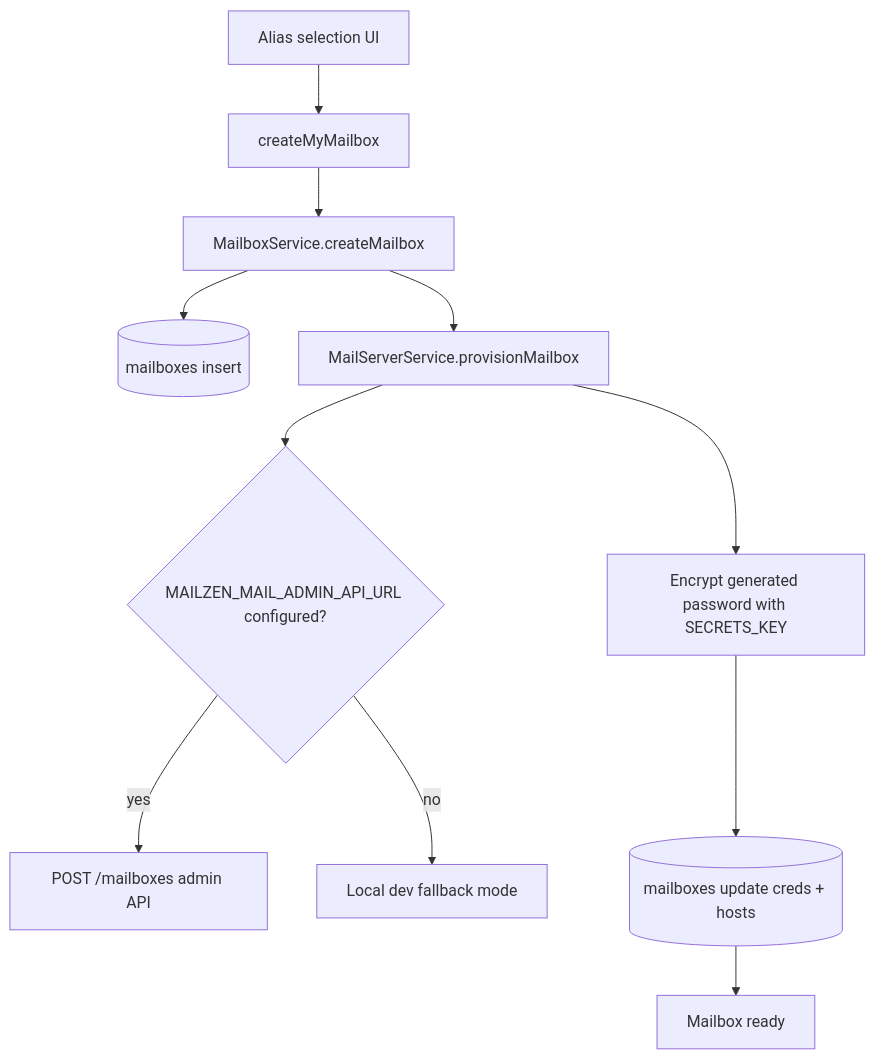
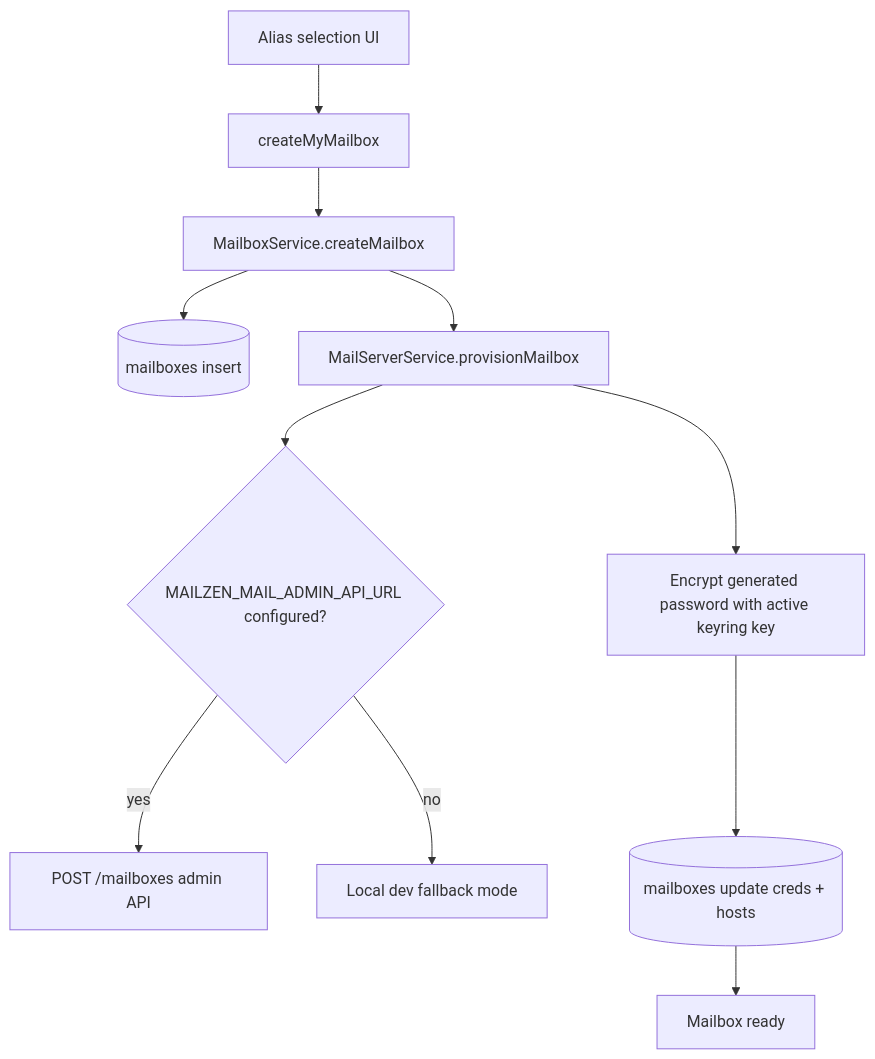
Before and after one commit to AmanVatsSharma/MailZen-Smart-Email-Management: the first of 2 diagrams in apps/backend/src/mailbox/README.md, drawn with Mermaid. The commit also changed other lines of this file and 3 other files, not shown here.

````diff
--- a/apps/backend/src/mailbox/README.md
+++ b/apps/backend/src/mailbox/README.md
@@ -50,13 +50,13 @@
 ```mermaid
 flowchart TD
   UI[Alias selection UI] --> GQL[createMyMailbox]
   GQL --> Service[MailboxService.createMailbox]
   Service --> DB1[(mailboxes insert)]
   Service --> Provision[MailServerService.provisionMailbox]
   Provision --> API{MAILZEN_MAIL_ADMIN_API_URL configured?}
   API -->|yes| AdminAPI[POST /mailboxes admin API]
   API -->|no| Skip[Local dev fallback mode]
-  Provision --> Encrypt[Encrypt generated password with SECRETS_KEY]
+  Provision --> Encrypt[Encrypt generated password with active keyring key]
   Encrypt --> DB2[(mailboxes update creds + hosts)]
   DB2 --> Done[Mailbox ready]
 ```
````
